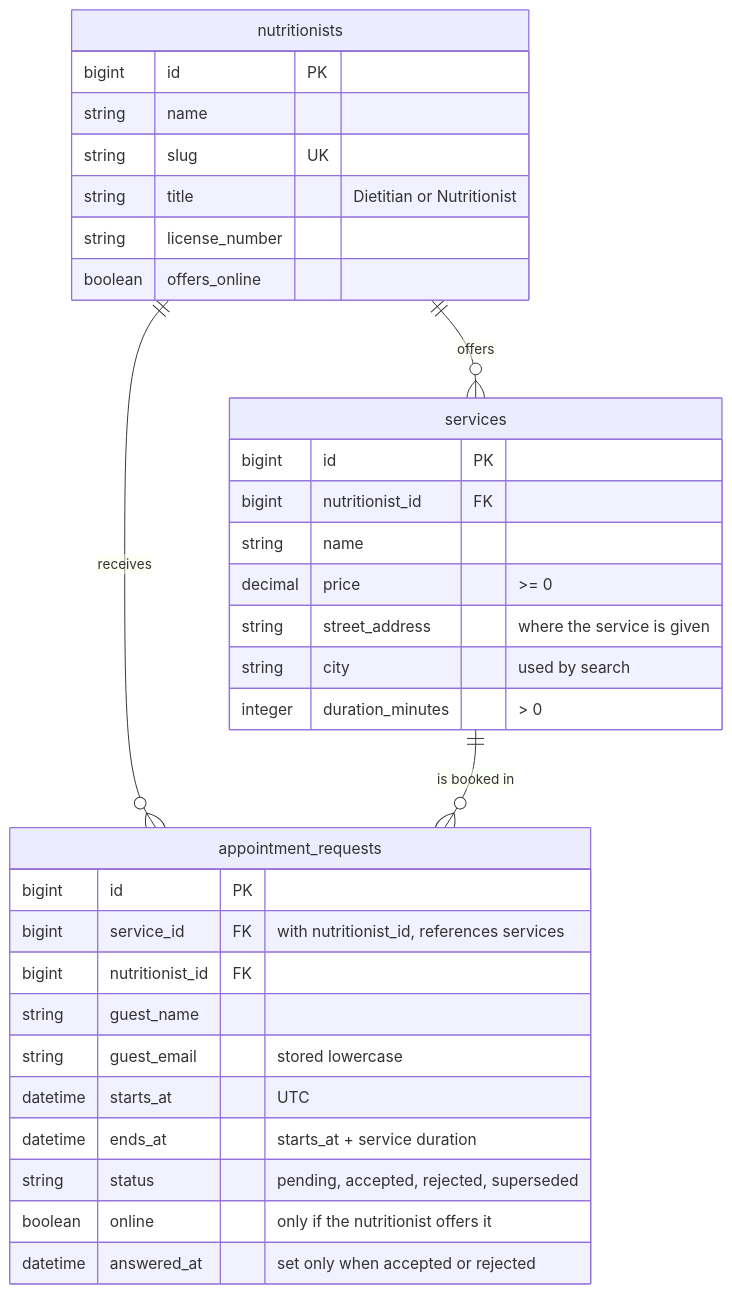
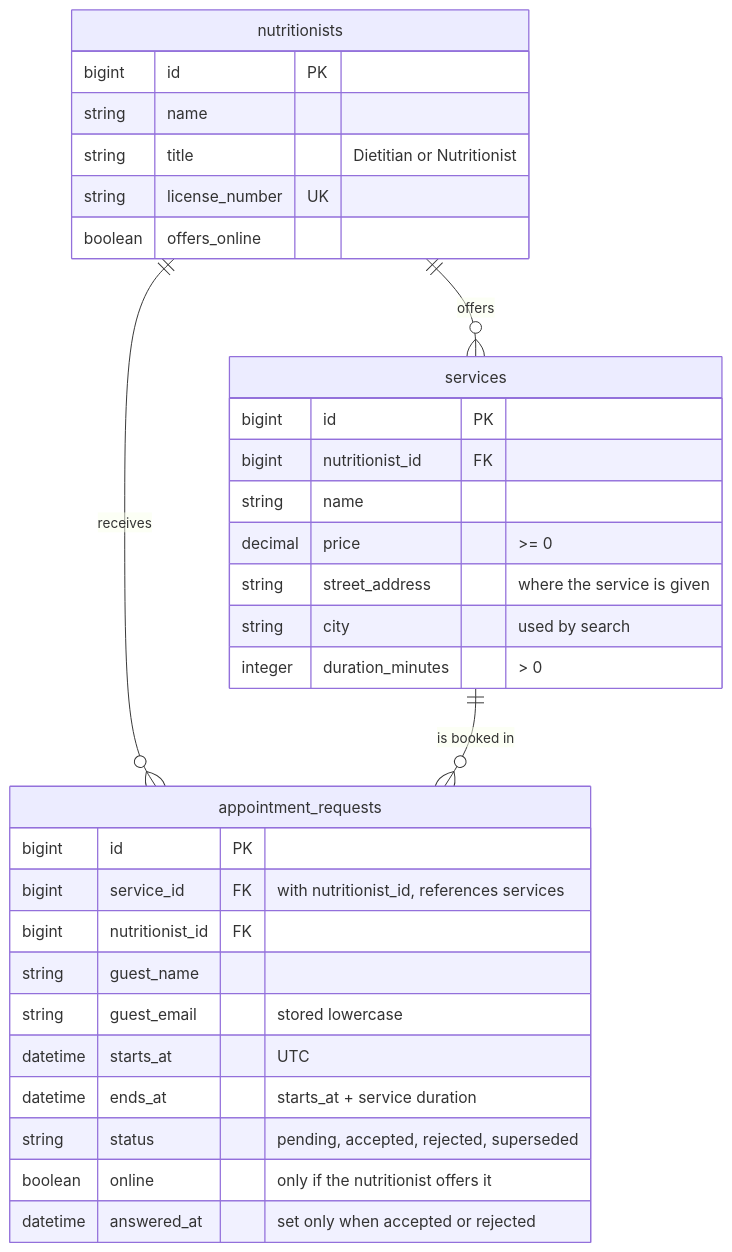
One commit to rgllm/NutriBook changed the diagram in README.md. Above: the diagram before and after it, drawn with Mermaid. The commit also changed other lines of this file and 12 other files, not shown here.

First line of the commit message:
refactor: identify nutritionists by license number, not slug (#16)

````diff
--- a/README.md
+++ b/README.md
@@ -64,38 +64,37 @@
 ```mermaid
 erDiagram
     nutritionists ||--o{ services : offers
     nutritionists ||--o{ appointment_requests : receives
     services ||--o{ appointment_requests : "is booked in"
 
     nutritionists {
         bigint id PK
         string name
-        string slug UK
         string title "Dietitian or Nutritionist"
-        string license_number
+        string license_number UK
         boolean offers_online
     }
 
     services {
         bigint id PK
         bigint nutritionist_id FK
         string name
         decimal price ">= 0"
         string street_address "where the service is given"
         string city "used by search"
         integer duration_minutes "> 0"
     }
 
     appointment_requests {
         bigint id PK
         bigint service_id FK "with nutritionist_id, references services"
         bigint nutritionist_id FK
         string guest_name
         string guest_email "stored lowercase"
         datetime starts_at "UTC"
         datetime ends_at "starts_at + service duration"
         string status "pending, accepted, rejected, superseded"
         boolean online "only if the nutritionist offers it"
         datetime answered_at "set only when accepted or rejected"
     }
 ```
````
